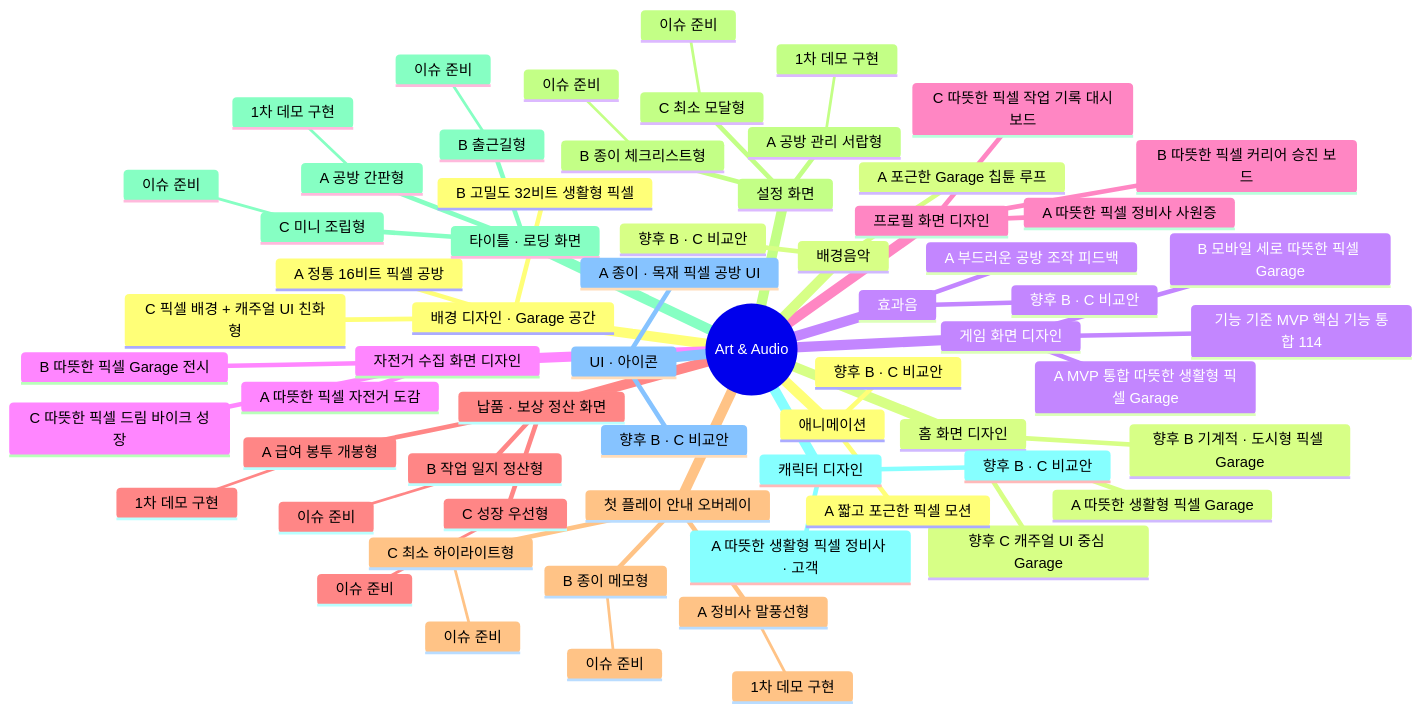
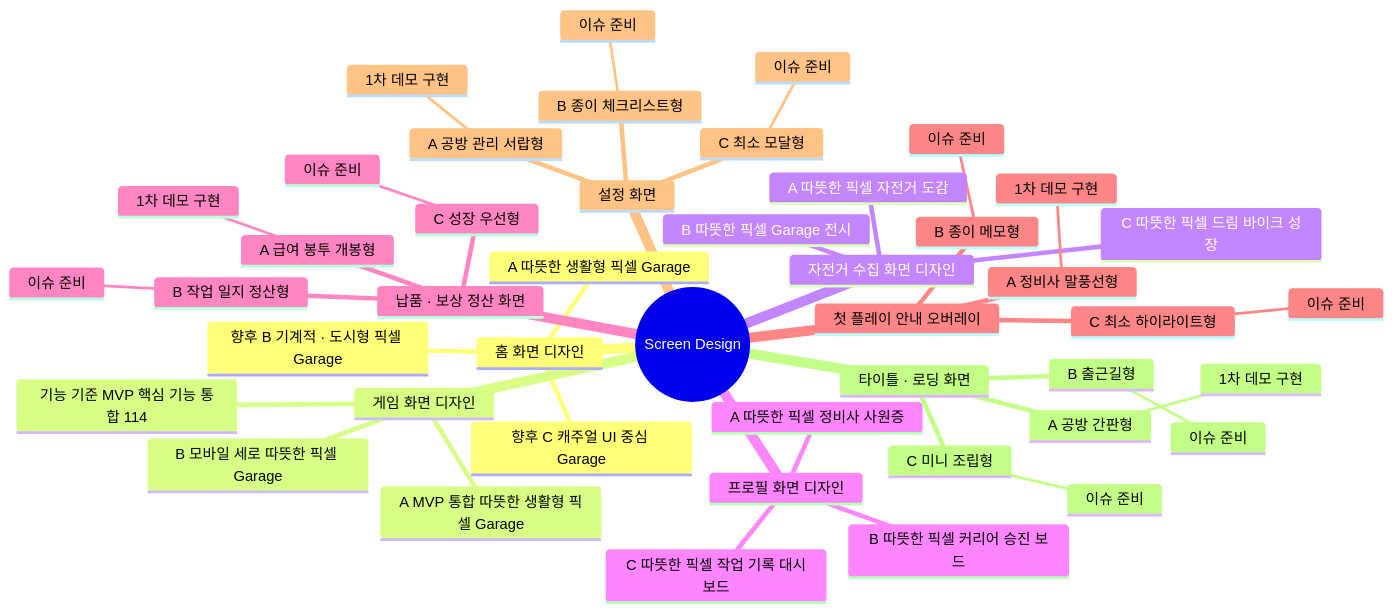
The third of 6 diagrams in docs/LAB_PROTOTYPE_MAP.md (aigemro/dream-bike-garage-lab), drawn with Mermaid before and after one commit. The commit also changed other lines of this file, not shown here.

Commit message:
refactor: split screen design from art audio

````diff
--- a/docs/LAB_PROTOTYPE_MAP.md
+++ b/docs/LAB_PROTOTYPE_MAP.md
@@ -164,67 +165,48 @@
 ```mermaid
 mindmap
-  root((Art & Audio))
-    배경 디자인 · Garage 공간
-      A 정통 16비트 픽셀 공방
-      B 고밀도 32비트 생활형 픽셀
-      C 픽셀 배경 + 캐주얼 UI 친화형
+  root((Screen Design))
     홈 화면 디자인
       A 따뜻한 생활형 픽셀 Garage
       향후 B 기계적 · 도시형 픽셀 Garage
       향후 C 캐주얼 UI 중심 Garage
     게임 화면 디자인
       A MVP 통합 따뜻한 생활형 픽셀 Garage
       B 모바일 세로 따뜻한 픽셀 Garage
       기능 기준 MVP 핵심 기능 통합 114
     자전거 수집 화면 디자인
       A 따뜻한 픽셀 자전거 도감
       B 따뜻한 픽셀 Garage 전시
       C 따뜻한 픽셀 드림 바이크 성장
     프로필 화면 디자인
       A 따뜻한 픽셀 정비사 사원증
       B 따뜻한 픽셀 커리어 승진 보드
       C 따뜻한 픽셀 작업 기록 대시보드
     납품 · 보상 정산 화면
       A 급여 봉투 개봉형
         1차 데모 구현
       B 작업 일지 정산형
         이슈 준비
       C 성장 우선형
         이슈 준비
     첫 플레이 안내 오버레이
       A 정비사 말풍선형
         1차 데모 구현
       B 종이 메모형
         이슈 준비
       C 최소 하이라이트형
         이슈 준비
     설정 화면
       A 공방 관리 서랍형
         1차 데모 구현
       B 종이 체크리스트형
         이슈 준비
       C 최소 모달형
         이슈 준비
     타이틀 · 로딩 화면
       A 공방 간판형
         1차 데모 구현
       B 출근길형
         이슈 준비
       C 미니 조립형
         이슈 준비
-    캐릭터 디자인
-      A 따뜻한 생활형 픽셀 정비사 · 고객
-      향후 B · C 비교안
-    UI · 아이콘
-      A 종이 · 목재 픽셀 공방 UI
-      향후 B · C 비교안
-    애니메이션
-      A 짧고 포근한 픽셀 모션
-      향후 B · C 비교안
-    배경음악
-      A 포근한 Garage 칩튠 루프
-      향후 B · C 비교안
-    효과음
-      A 부드러운 공방 조작 피드백
-      향후 B · C 비교안
 ```
````
